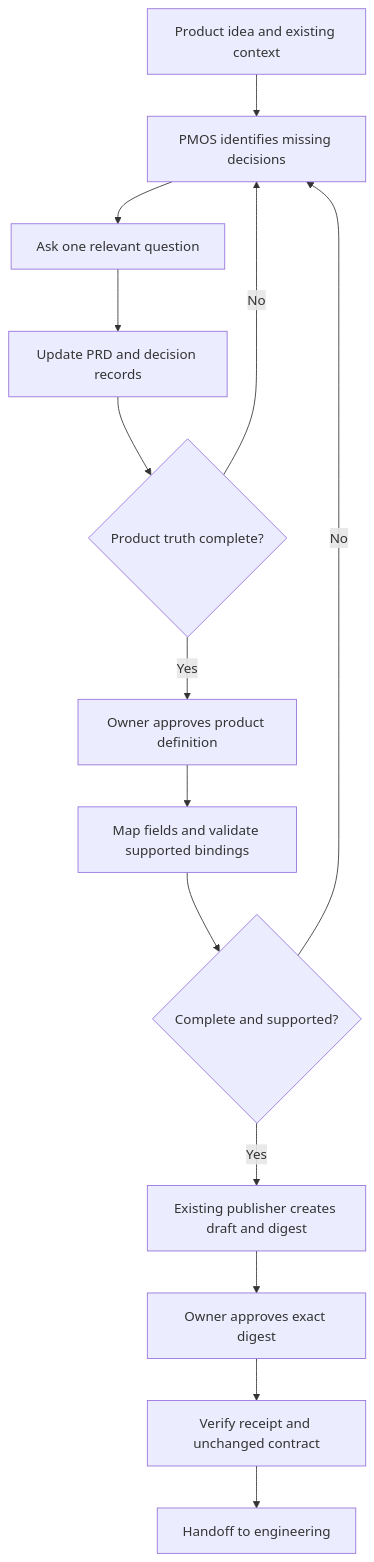
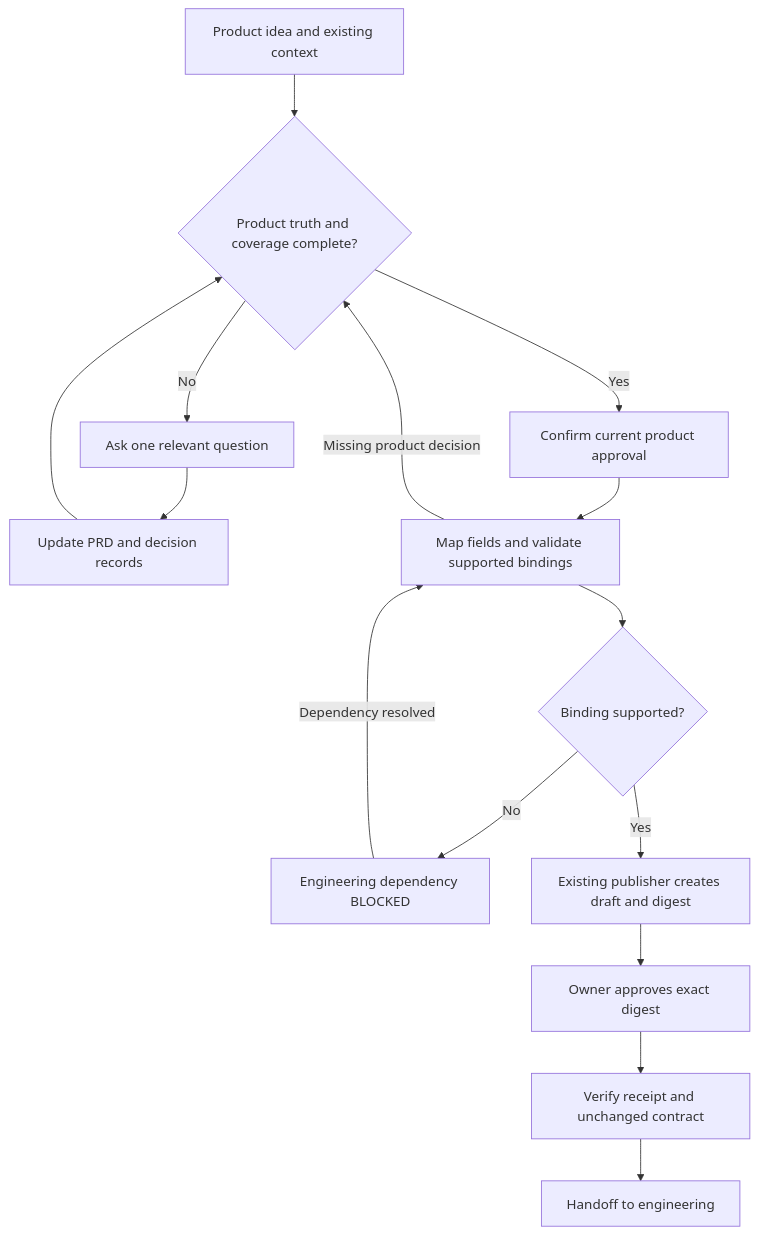
The diagram in reviews/pmos-workflow-20260925/ARCHITECTURE.md (Abhillashjadhav/PM-agent-OS), drawn with Mermaid before and after one commit.

Commit message:
docs: distinguish intake gaps from blocked engineering bindings

````diff
--- a/reviews/pmos-workflow-20260925/ARCHITECTURE.md
+++ b/reviews/pmos-workflow-20260925/ARCHITECTURE.md
@@ -8,16 +8,17 @@
 ```mermaid
 flowchart TD
-    A[Product idea and existing context] --> B[PMOS identifies missing decisions]
-    B --> C[Ask one relevant question]
+    A[Product idea and existing context] --> B{Product truth and coverage complete?}
+    B -->|No| C[Ask one relevant question]
     C --> D[Update PRD and decision records]
-    D --> E{Product truth complete?}
-    E -->|No| B
-    E -->|Yes| F[Owner approves product definition]
+    D --> B
+    B -->|Yes| F[Confirm current product approval]
     F --> G[Map fields and validate supported bindings]
-    G --> H{Complete and supported?}
-    H -->|No| B
+    G -->|Missing product decision| B
+    G --> H{Binding supported?}
+    H -->|No| M[Engineering dependency BLOCKED]
+    M -->|Dependency resolved| G
     H -->|Yes| I[Existing publisher creates draft and digest]
     I --> J[Owner approves exact digest]
     J --> K[Verify receipt and unchanged contract]
     K --> L[Handoff to engineering]
 ```
````
